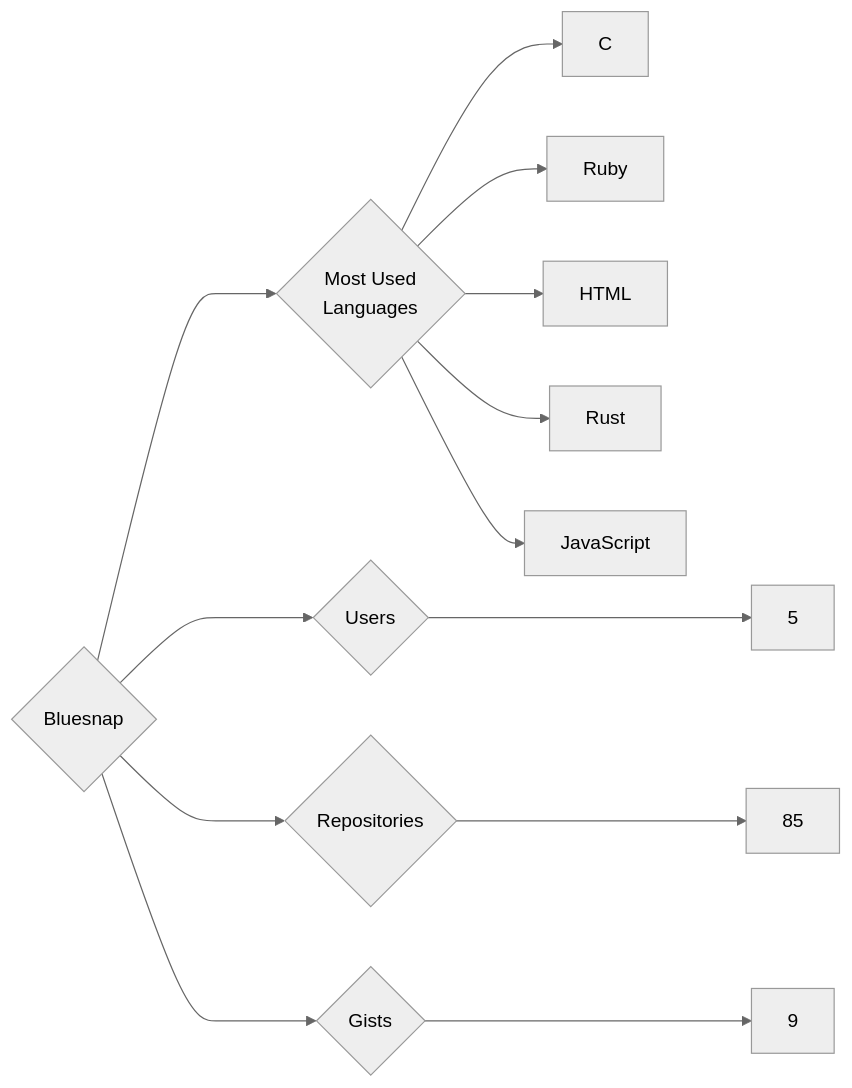
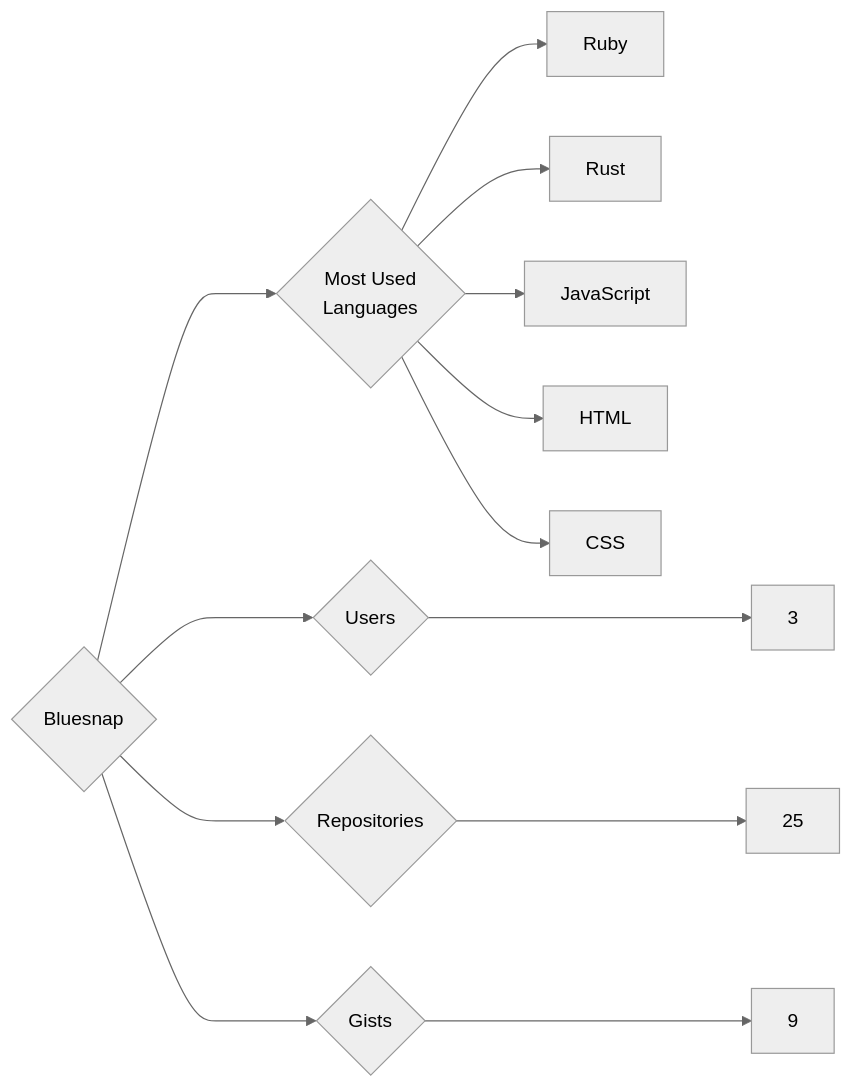
Before and after one commit to trickest/insiders: the diagram in targets/Bluesnap/README.md, drawn with Mermaid (neutral theme). The commit also changed 1195 other files, not shown here.

````diff
--- a/targets/Bluesnap/README.md
+++ b/targets/Bluesnap/README.md
@@ -3,13 +3,13 @@
 ```mermaid
 graph LR
 COMPANY_NAME{Bluesnap}
-COMPANY_NAME ---> U{Users} ---> UN[5]
-COMPANY_NAME ---> R{Repositories} ---> RN[85]
+COMPANY_NAME ---> U{Users} ---> UN[3]
+COMPANY_NAME ---> R{Repositories} ---> RN[25]
 COMPANY_NAME ---> G{Gists} ---> GN[9]
 COMPANY_NAME ---> ML{Most Used<br>Languages}
-ML --> C[C]
 ML --> Ruby[Ruby]
-ML --> HTML[HTML]
 ML --> Rust[Rust]
 ML --> JavaScript[JavaScript]
+ML --> HTML[HTML]
+ML --> CSS[CSS]
 ```
````
